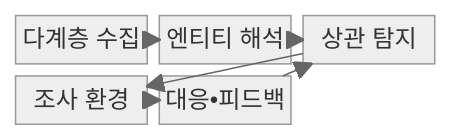
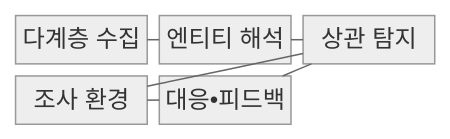
One commit to agnusdei1207/knowledge-base changed the first of 2 diagrams in src/content/docs/notes/05-security/039_extended_detection_response.md. Above: the diagram before and after it, drawn with Mermaid (neutral theme). The commit also changed other lines of this file and 493 other files, not shown here.

````diff
--- a/src/content/docs/notes/05-security/039_extended_detection_response.md
+++ b/src/content/docs/notes/05-security/039_extended_detection_response.md
@@ -65,14 +65,14 @@
 ```mermaid
-block
+block-beta
   columns 3
   A["다계층 수집"]
   B["엔티티 해석"]
   C["상관 탐지"]
   D["조사 환경"]
   E["대응•피드백"]
-  A --> B
-  B --> C
-  C --> D
-  D --> E
-  E --> C
+  A --- B
+  B --- C
+  C --- D
+  D --- E
+  E --- C
 ```
````
